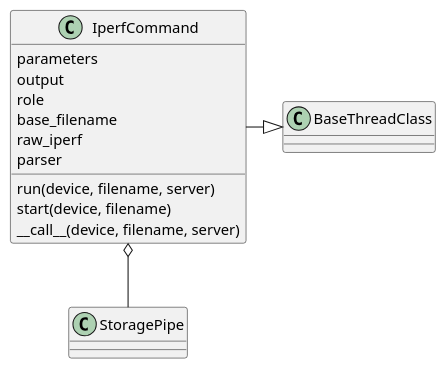
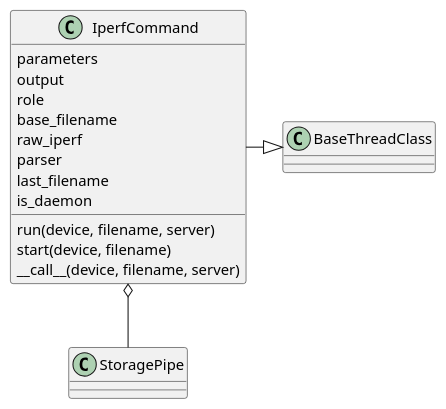
One commit to russell-n/oldape changed the fourth of 4 diagrams in apetools/commands/iperfcommand.rst. Above: the diagram before and after it, drawn with PlantUML. The commit also changed other lines of this file and 27 other files, not shown here.

Commit message:
Added an sftp command and updated the iperf commands to act differently of the daemon flag is set (for ipads)

```diff
--- a/apetools/commands/iperfcommand.rst
+++ b/apetools/commands/iperfcommand.rst
@@ -76,13 +84,15 @@
 .. uml::
 
    IperfCommand -|> BaseThreadClass
    IperfCommand o-- StoragePipe
    IperfCommand : parameters
    IperfCommand : output
    IperfCommand : role
    IperfCommand : base_filename
    IperfCommand : raw_iperf
    IperfCommand : parser
    IperfCommand : run(device, filename, server)
    IperfCommand : start(device, filename)
    IperfCommand : __call__(device, filename, server)
+   IperfCommand : last_filename
+   IperfCommand : is_daemon
```
